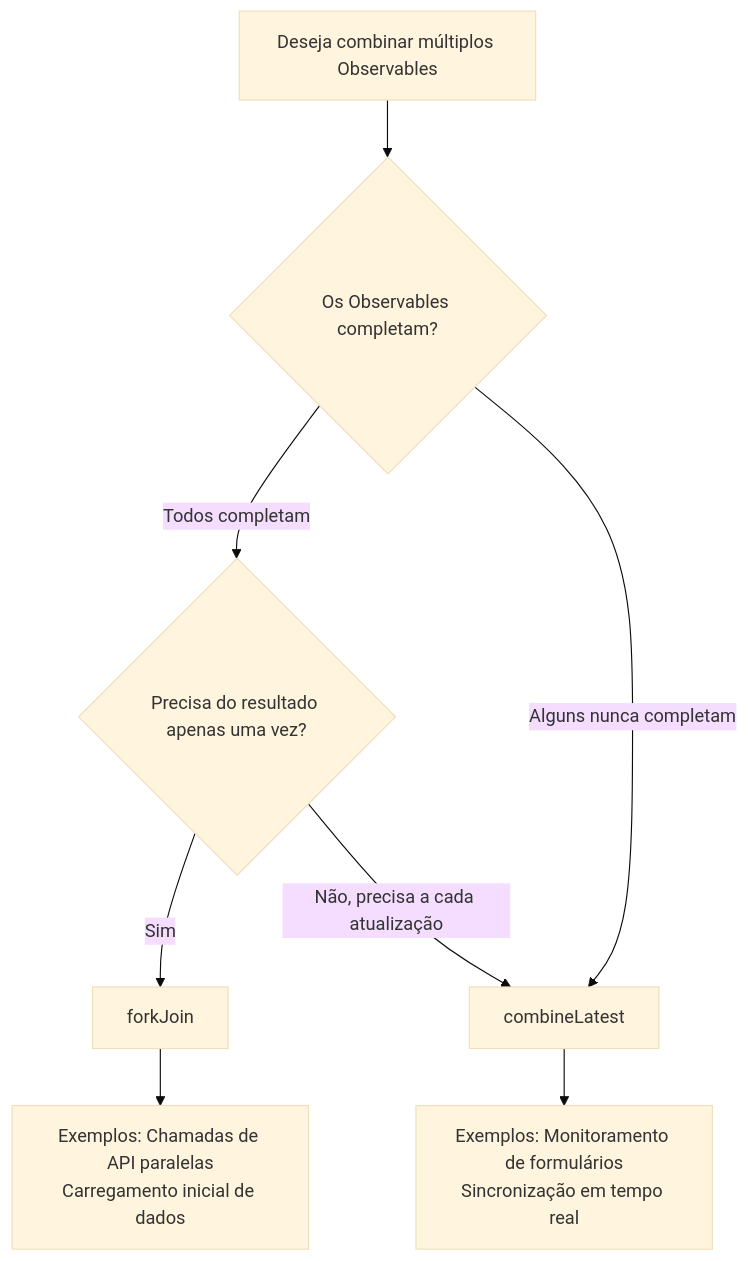
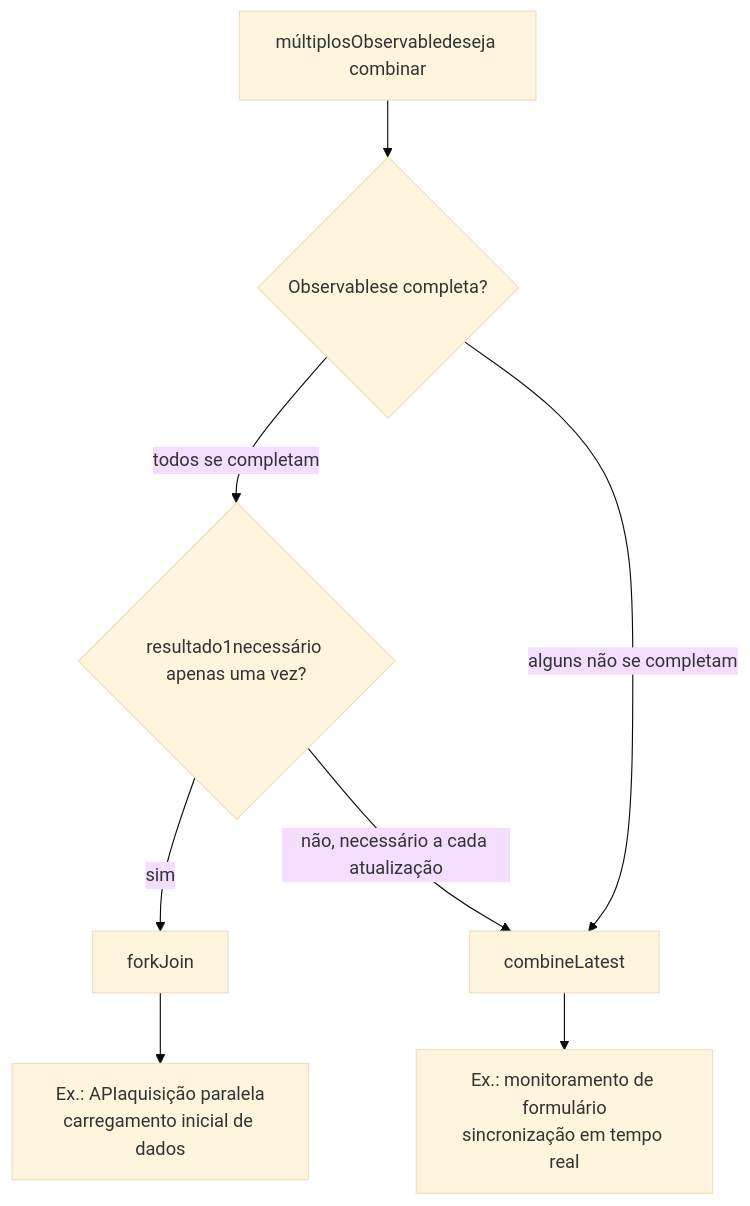
The fourth of 4 diagrams in docs/pt/guide/creation-functions/combination/forkJoin-vs-combineLatest.md (shuji-bonji/RxJS-with-TypeScript), drawn with Mermaid (base theme) before and after one commit. The commit also changed other lines of this file and 6 other files, not shown here.

Commit message:
fix: forkJoin と combineLatest の違い の各翻訳ギャップを訂正

````diff
--- a/docs/pt/guide/creation-functions/combination/forkJoin-vs-combineLatest.md
+++ b/docs/pt/guide/creation-functions/combination/forkJoin-vs-combineLatest.md
@@ -285,11 +288,11 @@
 ```mermaid
 flowchart TD
-    A[Deseja combinar múltiplos Observables] --> B{Os Observables completam?}
-    B -->|Todos completam| C{Precisa do resultado apenas uma vez?}
-    B -->|Alguns nunca completam| D[combineLatest]
-    C -->|Sim| E[forkJoin]
-    C -->|Não, precisa a cada atualização| D
+    A[múltiplosObservabledeseja combinar] --> B{Observablese completa?}
+    B -->|todos se completam| C{resultado1necessário apenas uma vez?}
+    B -->|alguns não se completam| D[combineLatest]
+    C -->|sim| E[forkJoin]
+    C -->|não, necessário a cada atualização| D
 
-    E --> E1[Exemplos: Chamadas de API paralelas<br>Carregamento inicial de dados]
-    D --> D1[Exemplos: Monitoramento de formulários<br>Sincronização em tempo real]
+    E --> E1[Ex.: APIaquisição paralela<br>carregamento inicial de dados]
+    D --> D1[Ex.: monitoramento de formulário<br>sincronização em tempo real]
 ```
````
